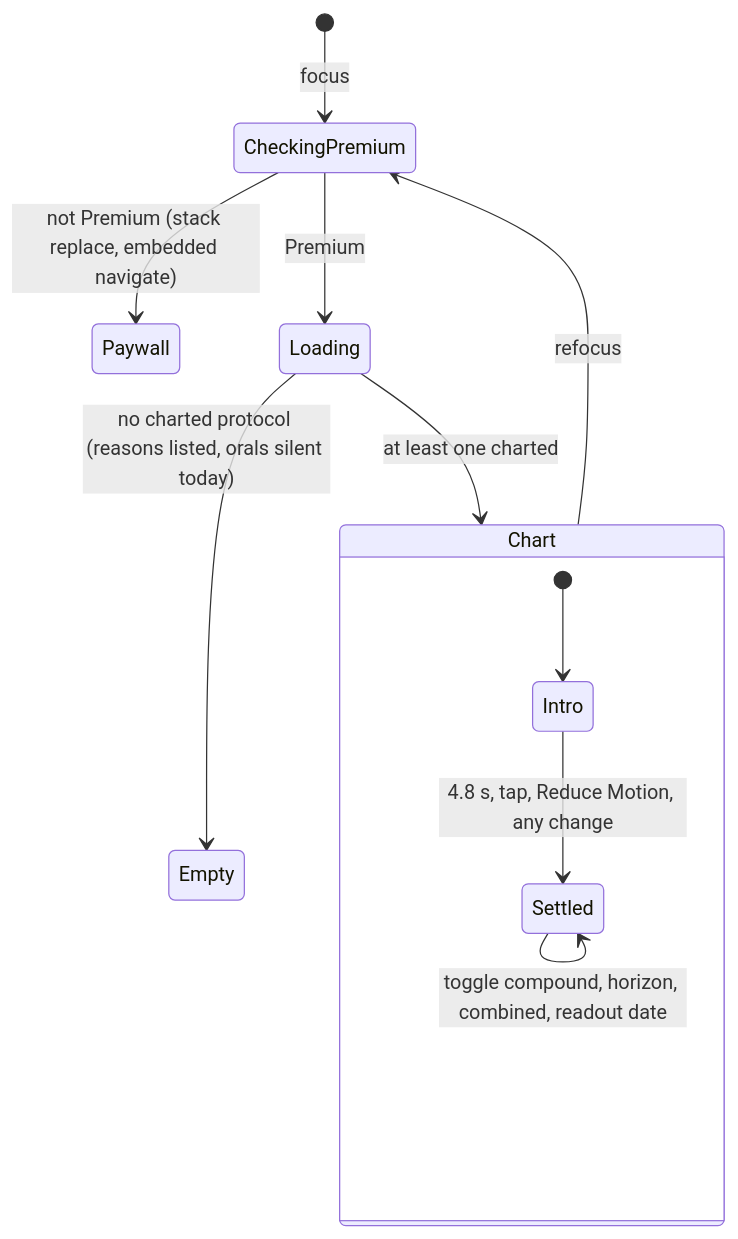
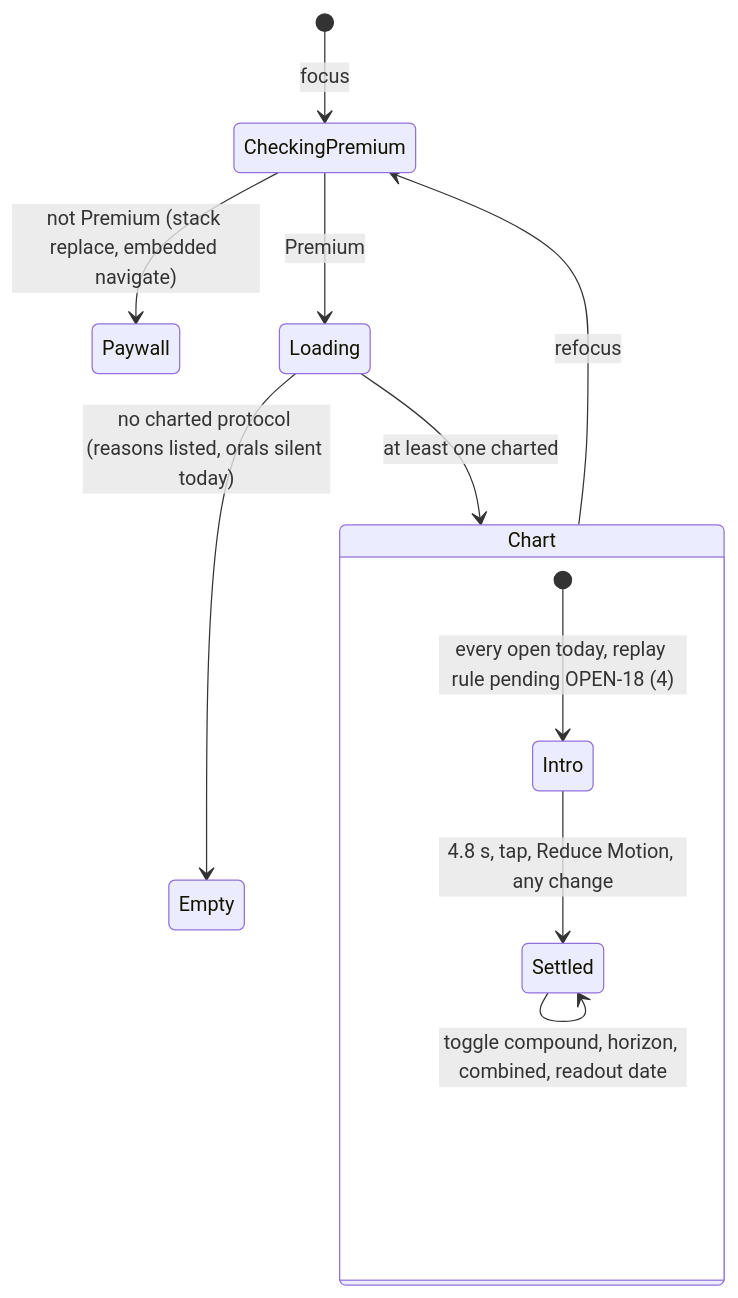
The second of 5 diagrams in docs/product/flows/10-curve-and-journey.md (evandroviskis/dosetrace), drawn with Mermaid before and after one commit. The commit also changed other lines of this file and 26 other files, not shown here.

Commit message:
docs/product: round-2 corrections propagated to PRD (G-1..G-233), TRD + dossiers, flows + Portuguese picture from the final registers; 105 diagrams parse; zero stale ids

````diff
--- a/docs/product/flows/10-curve-and-journey.md
+++ b/docs/product/flows/10-curve-and-journey.md
@@ -69,14 +69,14 @@
 ```mermaid
 stateDiagram-v2
     [*] --> CheckingPremium: focus
     CheckingPremium --> Paywall: not Premium (stack replace, embedded navigate)
     CheckingPremium --> Loading: Premium
     Loading --> Empty: no charted protocol (reasons listed, orals silent today)
     Loading --> Chart: at least one charted
     state Chart {
-        [*] --> Intro
+        [*] --> Intro: every open today, replay rule pending OPEN-18 (4)
         Intro --> Settled: 4.8 s, tap, Reduce Motion, any change
         Settled --> Settled: toggle compound, horizon, combined, readout date
     }
     Chart --> CheckingPremium: refocus
 ```
````
